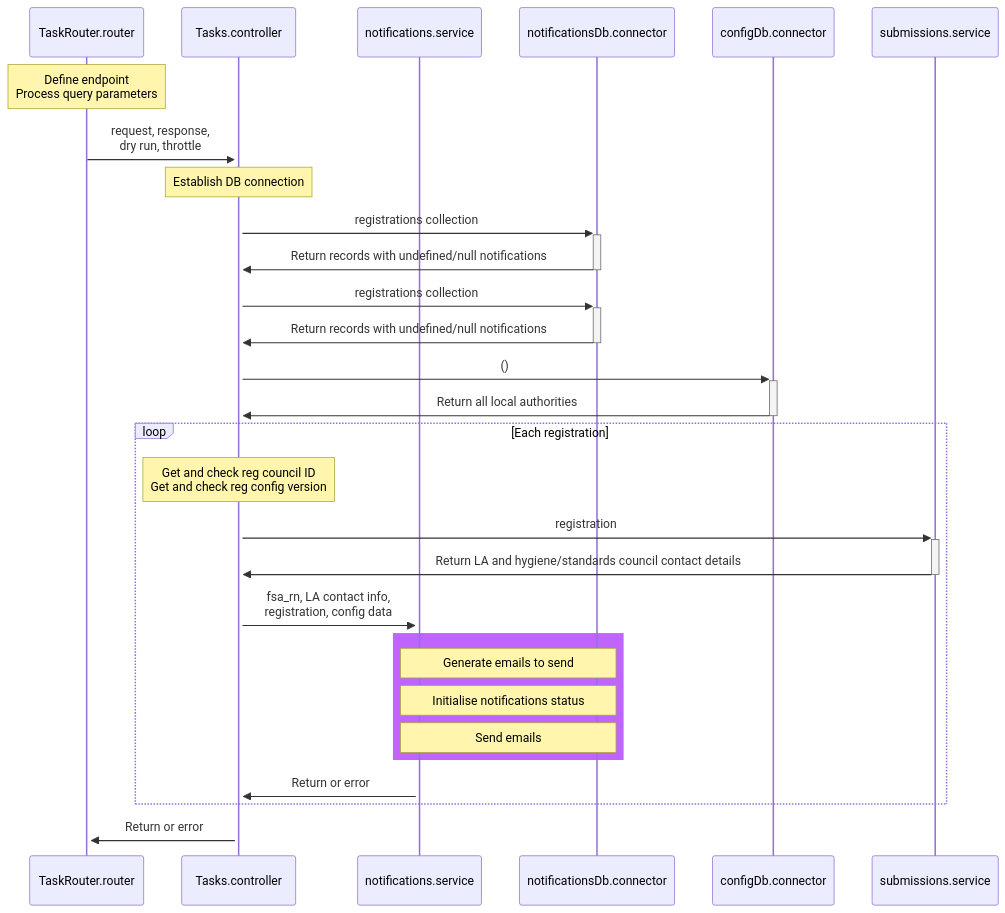
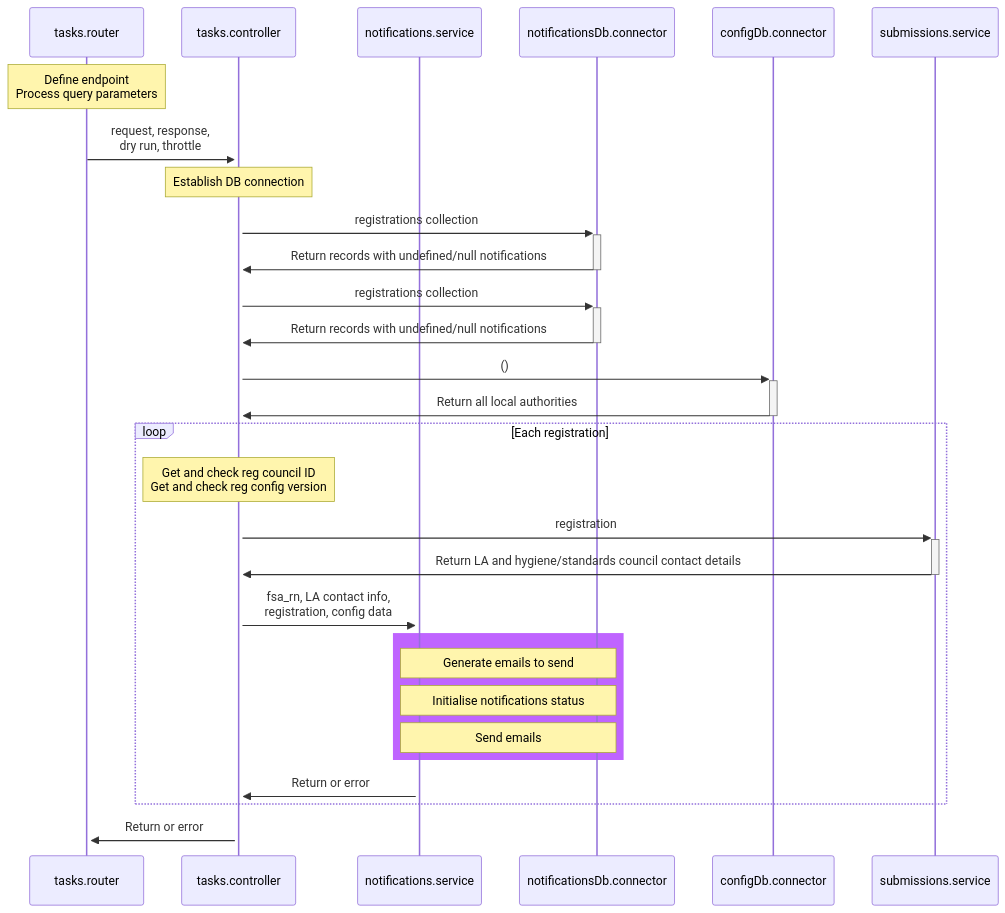
One commit to FoodStandardsAgency/register-a-food-business-service changed the diagram in docs/contribution-guidelines/email-notifications.md. Above: the diagram before and after it, drawn with Mermaid. The commit also changed other lines of this file and 6 other files, not shown here.

````diff
--- a/docs/contribution-guidelines/email-notifications.md
+++ b/docs/contribution-guidelines/email-notifications.md
@@ -11,32 +11,32 @@
 ```mermaid
 sequenceDiagram
-participant router as TaskRouter.router
-participant controller as Tasks.controller
+participant router as tasks.router
+participant controller as tasks.controller
 participant notifyservice as notifications.service
 participant cache as notificationsDb.connector
 participant db as configDb.connector
 participant submissions as submissions.service
 
     Note over router: Define endpoint<br/>Process query parameters
     router->>+controller: request, response, <br/>dry run, throttle
     Note over controller: Establish DB connection
     controller->>+cache: registrations collection
     cache->>-controller: Return records with undefined/null notifications
     controller->>+cache: registrations collection
     cache->>-controller: Return records with undefined/null notifications
     controller->>+db: ()
     db->>-controller: Return all local authorities
     loop Each registration
         Note over controller: Get and check reg council ID<br/>Get and check reg config version
         controller->>+submissions: registration
         submissions->>-controller: Return LA and hygiene/standards council contact details
         controller->>+notifyservice: fsa_rn, LA contact info, <br/>registration, config data
         rect rgb(191, 100, 255)
             Note over notifyservice, cache: Generate emails to send
             Note over notifyservice, cache: Initialise notifications status
             Note over notifyservice, cache: Send emails
         end
         notifyservice->>+controller: Return or error
     end
     controller->>+router: Return or error
 ```
````
